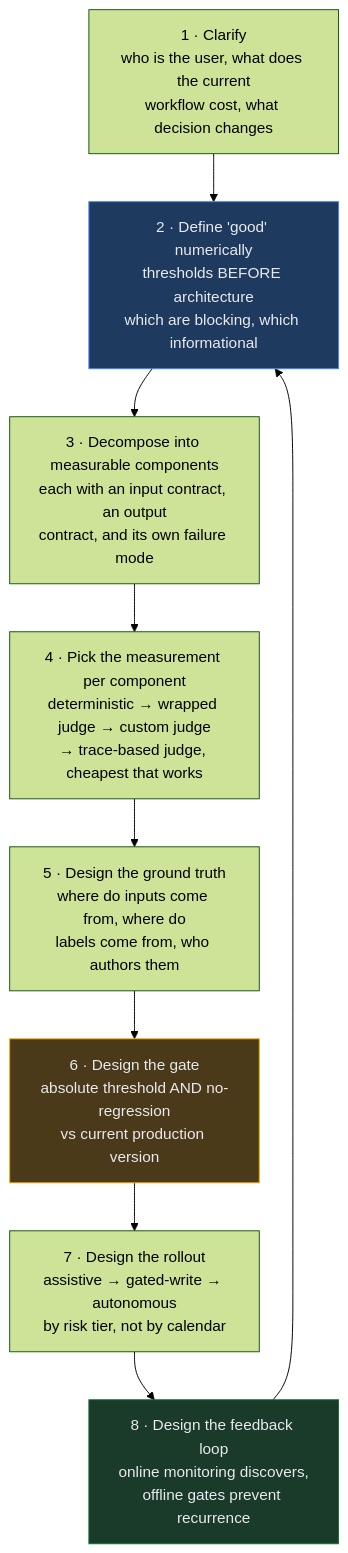
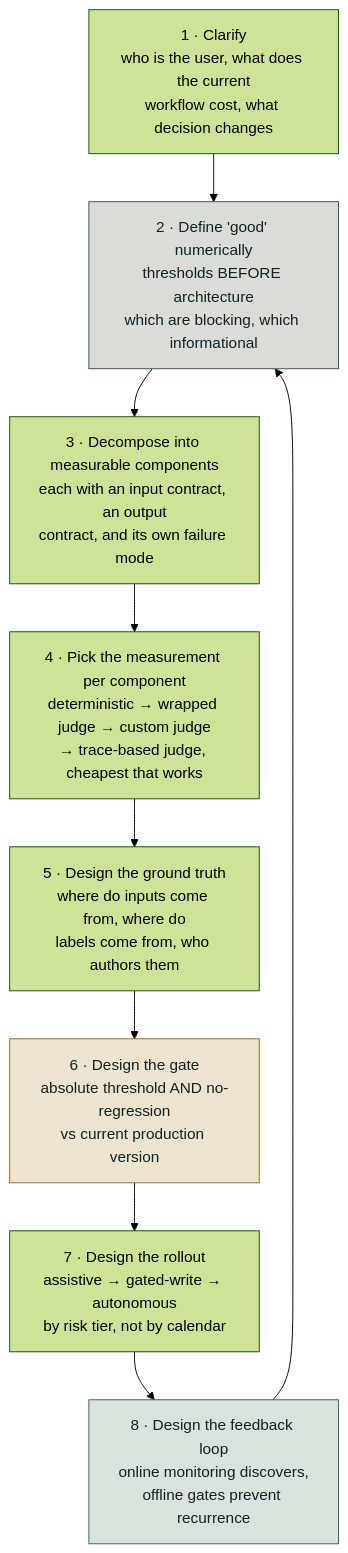
Before and after one commit to Sourav692/Agent_Evaluation_Demystified: the first of 2 diagrams in docs/interview-prep/QUESTION_BANK.md, drawn with Mermaid (forest theme). The commit also changed other lines of this file and 17 other files, not shown here.

````diff
--- a/docs/interview-prep/QUESTION_BANK.md
+++ b/docs/interview-prep/QUESTION_BANK.md
@@ -100,15 +100,15 @@
 ```mermaid
 flowchart TD
     A["1 · Clarify<br/>who is the user, what does the current<br/>workflow cost, what decision changes"] --> B
     B["2 · Define 'good' numerically<br/>thresholds BEFORE architecture<br/>which are blocking, which informational"] --> C
     C["3 · Decompose into measurable components<br/>each with an input contract, an output<br/>contract, and its own failure mode"] --> D
     D["4 · Pick the measurement per component<br/>deterministic → wrapped judge → custom judge<br/>→ trace-based judge, cheapest that works"] --> E
     E["5 · Design the ground truth<br/>where do inputs come from, where do<br/>labels come from, who authors them"] --> F
     F["6 · Design the gate<br/>absolute threshold AND no-regression<br/>vs current production version"] --> G
     G["7 · Design the rollout<br/>assistive → gated-write → autonomous<br/>by risk tier, not by calendar"] --> H
     H["8 · Design the feedback loop<br/>online monitoring discovers,<br/>offline gates prevent recurrence"] --> B
 
-    style B fill:#1e3a5f,stroke:#4285f4,color:#e8eaed
-    style F fill:#4a3a1a,stroke:#f9ab00,color:#e8eaed
-    style H fill:#1a3a2a,stroke:#137333,color:#e8eaed
+    style B fill:#DADCD6,stroke:#3C4E51,color:#0E2226
+    style F fill:#EDE3CE,stroke:#9A6A12,color:#0E2226
+    style H fill:#D9E3DB,stroke:#2F6B4F,color:#0E2226
 ```
````
